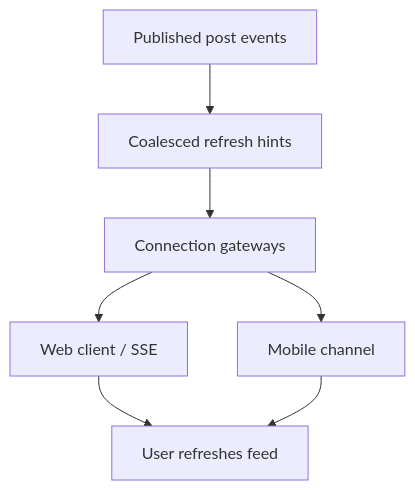
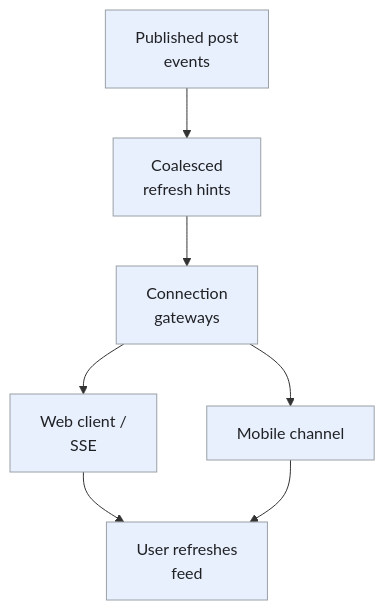
The sixth of 6 diagrams in _designs/system-design-news-feed.md (iliazlobin/iliazlobin.github.io), drawn with Mermaid before and after one commit. The commit also changed other lines of this file and 131 other files, not shown here.

````diff
--- a/_designs/system-design-news-feed.md
+++ b/_designs/system-design-news-feed.md
@@ -301,9 +388,13 @@
 ```mermaid
 flowchart TB
-  E[Published post events] --> H[Coalesced refresh hints]
-  H --> G[Connection gateways]
-  G --> W[Web client / SSE]
+  E["Published post<br>events"] --> H["Coalesced<br>refresh hints"]
+  H --> G["Connection<br>gateways"]
+  G --> W["Web client /<br>SSE"]
   G --> M[Mobile channel]
-  W --> R[User refreshes feed]
+  W --> R["User refreshes<br>feed"]
   M --> R
+  classDef request fill:#e8f0fe,stroke:#9aa0a6,color:#202124,stroke-width:1px
+  classDef background fill:#e6f4ea,stroke:#9aa0a6,color:#202124,stroke-width:1px
+  classDef control fill:#fef7e0,stroke:#9aa0a6,color:#202124,stroke-width:1px
+  class E,H,G,W,M,R request
 ```
````
